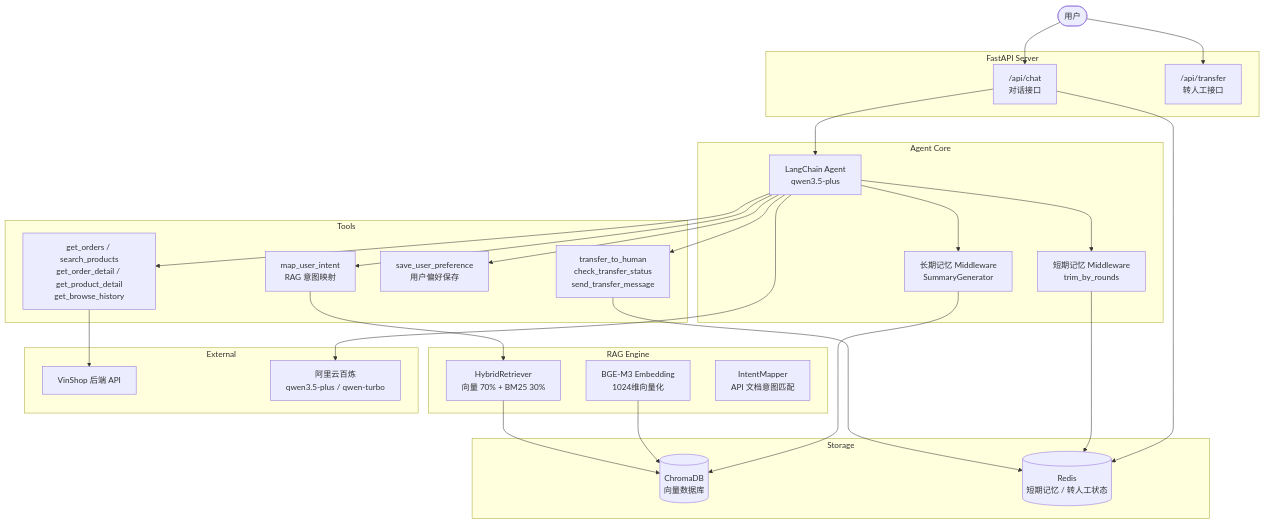
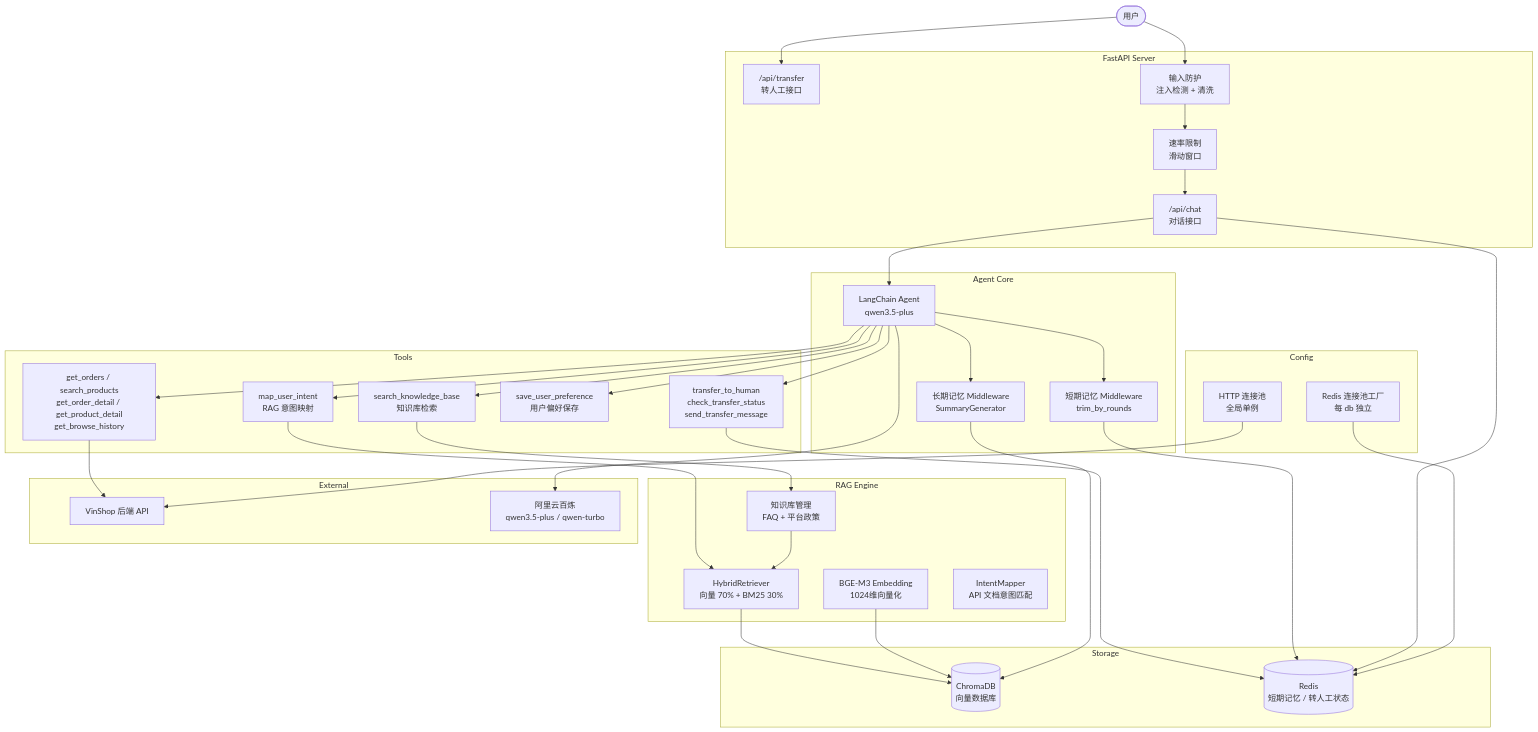
One commit to VingerChan/CustomerService_Agent changed the first of 3 diagrams in README.md. Above: the diagram before and after it, drawn with Mermaid. The commit also changed other lines of this file and 4 other files, not shown here.

````diff
--- a/README.md
+++ b/README.md
@@ -37,53 +40,67 @@
 ```mermaid
 graph TB
     User([用户])
 
     subgraph "FastAPI Server"
         Chat["/api/chat<br/>对话接口"]
         Transfer["/api/transfer<br/>转人工接口"]
+        Sanitizer["输入防护<br/>注入检测 + 清洗"]
+        RateLimit["速率限制<br/>滑动窗口"]
     end
 
     subgraph "Agent Core"
         Agent["LangChain Agent<br/>qwen3.5-plus"]
         STM["短期记忆 Middleware<br/>trim_by_rounds"]
         LTM["长期记忆 Middleware<br/>SummaryGenerator"]
     end
 
     subgraph "Tools"
         RAG_T["map_user_intent<br/>RAG 意图映射"]
+        KB_T["search_knowledge_base<br/>知识库检索"]
         API_T["get_orders / search_products<br/>get_order_detail / get_product_detail<br/>get_browse_history"]
         MEM_T["save_user_preference<br/>用户偏好保存"]
         TRF_T["transfer_to_human<br/>check_transfer_status<br/>send_transfer_message"]
     end
 
     subgraph "RAG Engine"
         Retriever["HybridRetriever<br/>向量 70% + BM25 30%"]
         Embedding["BGE-M3 Embedding<br/>1024维向量化"]
         IntentMapper["IntentMapper<br/>API 文档意图匹配"]
+        KnowledgeBase["知识库管理<br/>FAQ + 平台政策"]
+    end
+
+    subgraph "Config"
+        RedisConf["Redis 连接池工厂<br/>每 db 独立"]
+        HttpClient["HTTP 连接池<br/>全局单例"]
     end
 
     subgraph "Storage"
         ChromaDB[("ChromaDB<br/>向量数据库")]
         Redis[("Redis<br/>短期记忆 / 转人工状态")]
     end
 
     subgraph "External"
         VinShop["VinShop 后端 API"]
         DashScope["阿里云百炼<br/>qwen3.5-plus / qwen-turbo"]
     end
 
-    User --> Chat
+    User --> Sanitizer
+    Sanitizer --> RateLimit
+    RateLimit --> Chat
     User --> Transfer
     Chat --> Agent
     Agent --> STM
     Agent --> LTM
-    Agent --> RAG_T & API_T & MEM_T & TRF_T
+    Agent --> RAG_T & KB_T & API_T & MEM_T & TRF_T
     RAG_T --> Retriever --> ChromaDB
+    KB_T --> KnowledgeBase --> Retriever
     Embedding --> ChromaDB
     API_T --> VinShop
     TRF_T --> Redis
     LTM --> ChromaDB
     STM --> Redis
     Agent --> DashScope
     Chat --> Redis
+    HttpClient --> VinShop
+    RedisConf --> Redis
 ```
````
